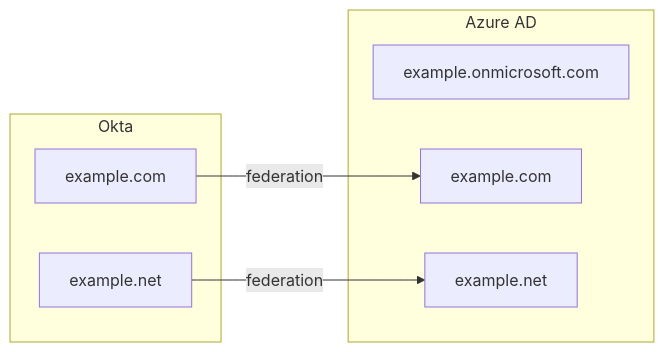
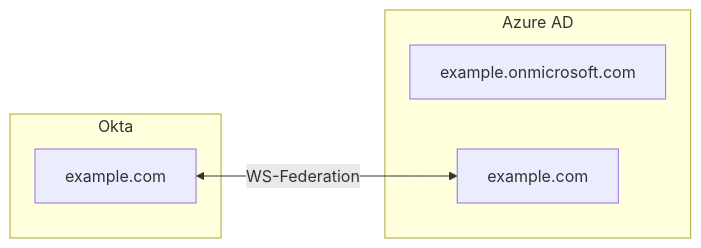
Before and after one commit to thdy/zenn-contents: the diagram in articles/okta_azuread_integrations.md, drawn with Mermaid. The commit also changed other lines of this file, not shown here.

````diff
--- a/articles/okta_azuread_integrations.md
+++ b/articles/okta_azuread_integrations.md
@@ -47,14 +21,11 @@
 ```mermaid
 graph LR
     subgraph Okta
       o1[example.com]
-      o2[example.net]
     end
     subgraph Azure AD
       a0[example.onmicrosoft.com]
       a1[example.com]
-      a2[example.net]
     end
-    o1--federation-->a1
-    o2--federation-->a2
+    o1<--WS-Federation-->a1
 ```
````
